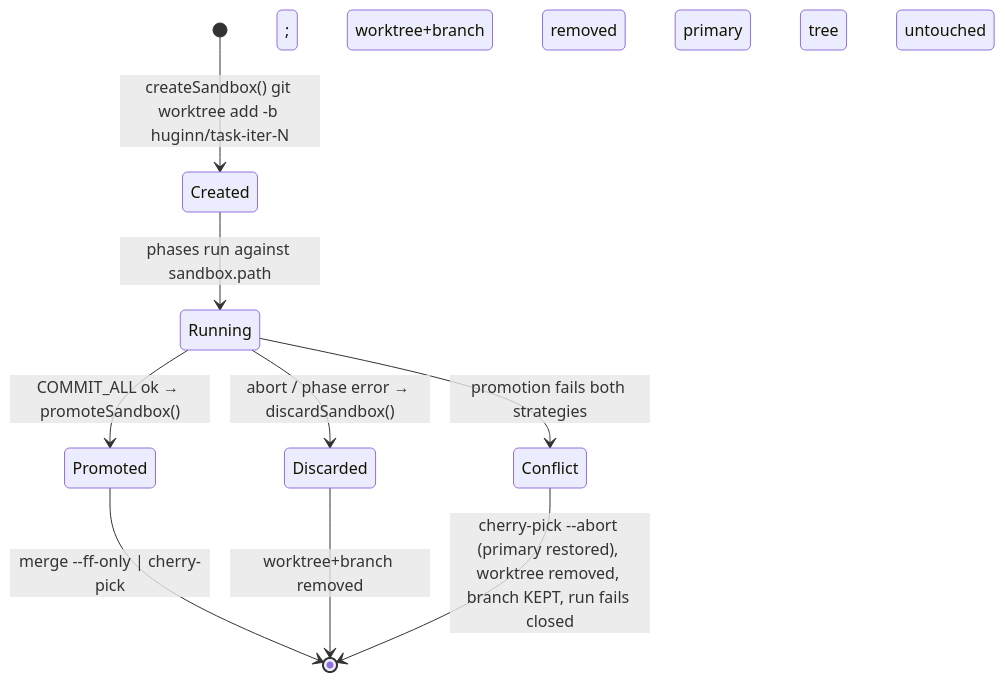
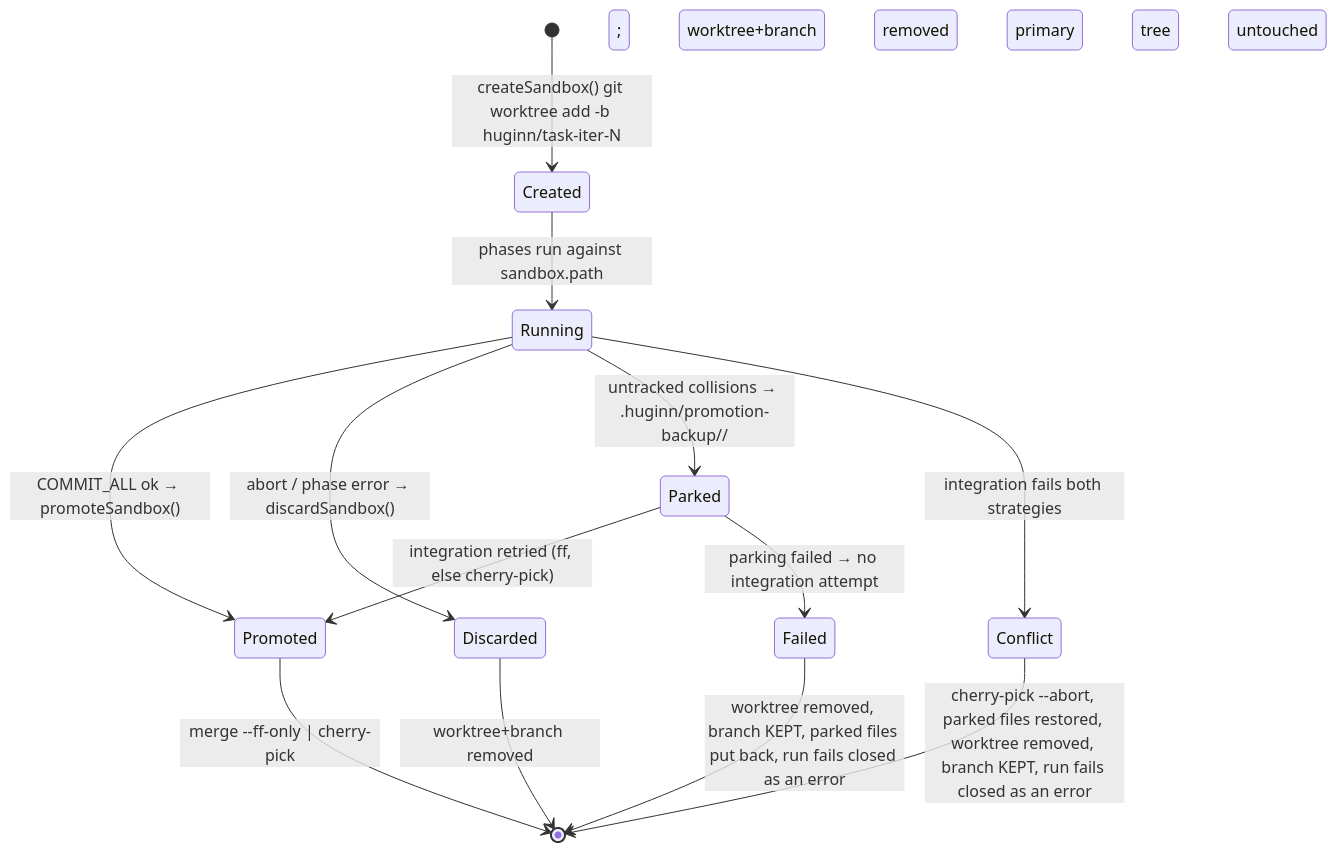
Before and after one commit to dahch/huginn: diagram 20 of 36 in DESIGN.md, drawn with Mermaid. The commit also changed other lines of this file and 2 other files, not shown here.

First line of the commit message:
docs: sync README, DESIGN and AGENTS with the run-integrity phase

````diff
--- a/DESIGN.md
+++ b/DESIGN.md
@@ -1766,11 +1805,15 @@
 ```mermaid
 stateDiagram-v2
     [*] --> Created: createSandbox() git worktree add -b huginn/task-iter-N
     Created --> Running: phases run against sandbox.path
     Running --> Promoted: COMMIT_ALL ok → promoteSandbox()
     Running --> Discarded: abort / phase error → discardSandbox()
     Promoted --> [*]: merge --ff-only | cherry-pick; worktree+branch removed
     Discarded --> [*]: worktree+branch removed; primary tree untouched
-    Running --> Conflict: promotion fails both strategies
-    Conflict --> [*]: cherry-pick --abort (primary restored), worktree removed, branch KEPT, run fails closed
+    Running --> Parked: untracked collisions → .huginn/promotion-backup/<stamp>/
+    Parked --> Promoted: integration retried (ff, else cherry-pick)
+    Parked --> Failed: parking failed → no integration attempt
+    Running --> Conflict: integration fails both strategies
+    Conflict --> [*]: cherry-pick --abort, parked files restored, worktree removed, branch KEPT, run fails closed as an error
+    Failed --> [*]: worktree removed, branch KEPT, parked files put back, run fails closed as an error
 ```
````
